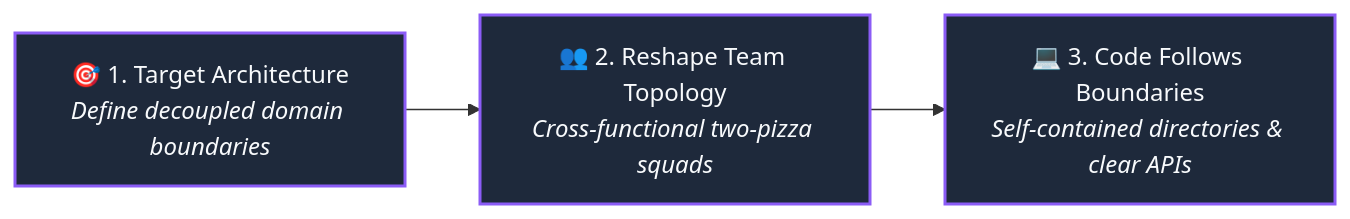
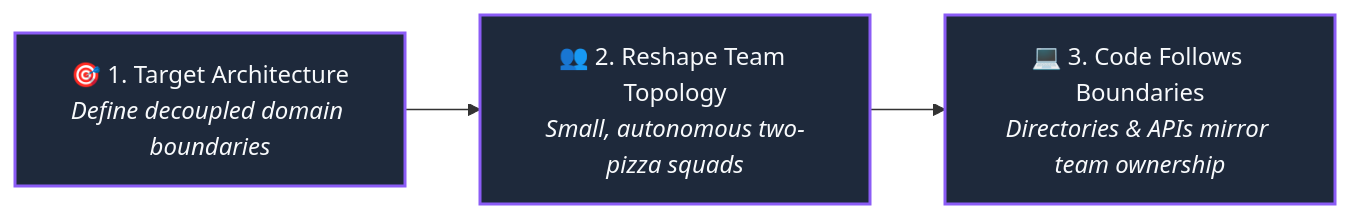
The fourth of 9 diagrams in 01-filestructure/articles/01-your-folder-structure-is-a-message.md (Dustu103/system-design), drawn with Mermaid before and after one commit. The commit also changed other lines of this file, not shown here.

Commit message:
style: streamline Article 1 into diagram-first format with 8 visual architectures

````diff
--- a/01-filestructure/articles/01-your-folder-structure-is-a-message.md
+++ b/01-filestructure/articles/01-your-folder-structure-is-a-message.md
@@ -121,9 +121,9 @@
 ```mermaid
 flowchart LR
     A["🎯 1. Target Architecture<br/><i>Define decoupled domain boundaries</i>"] 
-    --> B["👥 2. Reshape Team Topology<br/><i>Cross-functional two-pizza squads</i>"]
-    --> C["💻 3. Code Follows Boundaries<br/><i>Self-contained directories & clear APIs</i>"]
+    --> B["👥 2. Reshape Team Topology<br/><i>Small, autonomous two-pizza squads</i>"]
+    --> C["💻 3. Code Follows Boundaries<br/><i>Directories & APIs mirror team ownership</i>"]
 
     classDef step fill:#1e293b,stroke:#8b5cf6,stroke-width:2px,color:#f8fafc;
     class A,B,C step;
 ```
````
